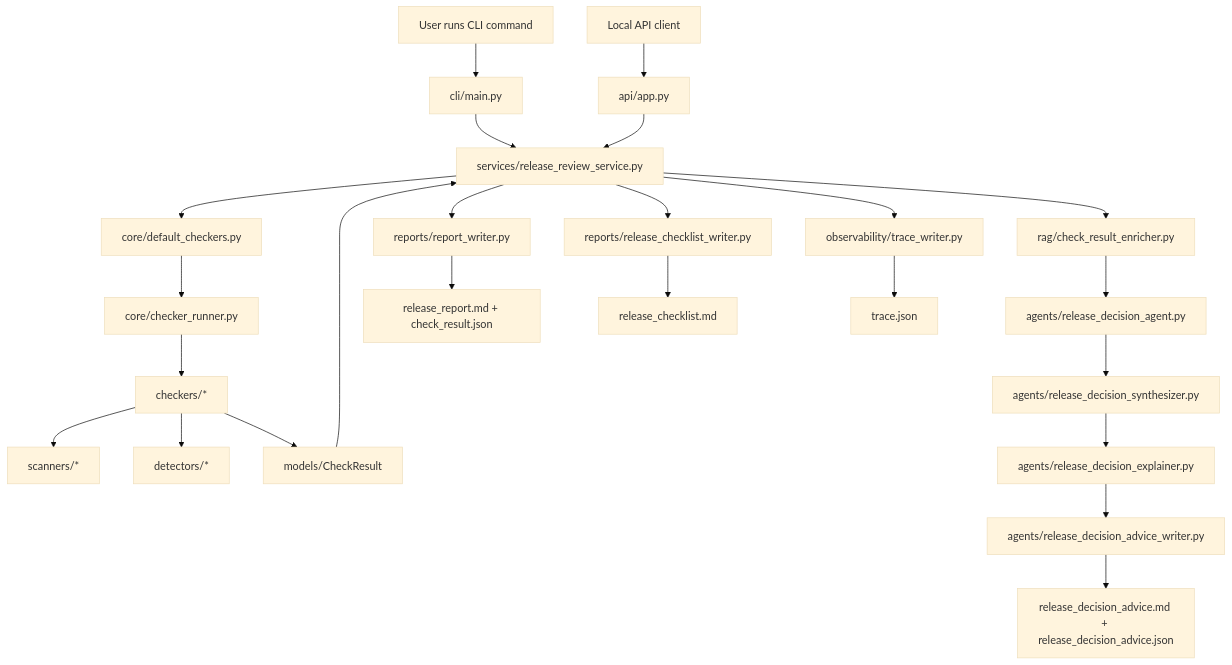
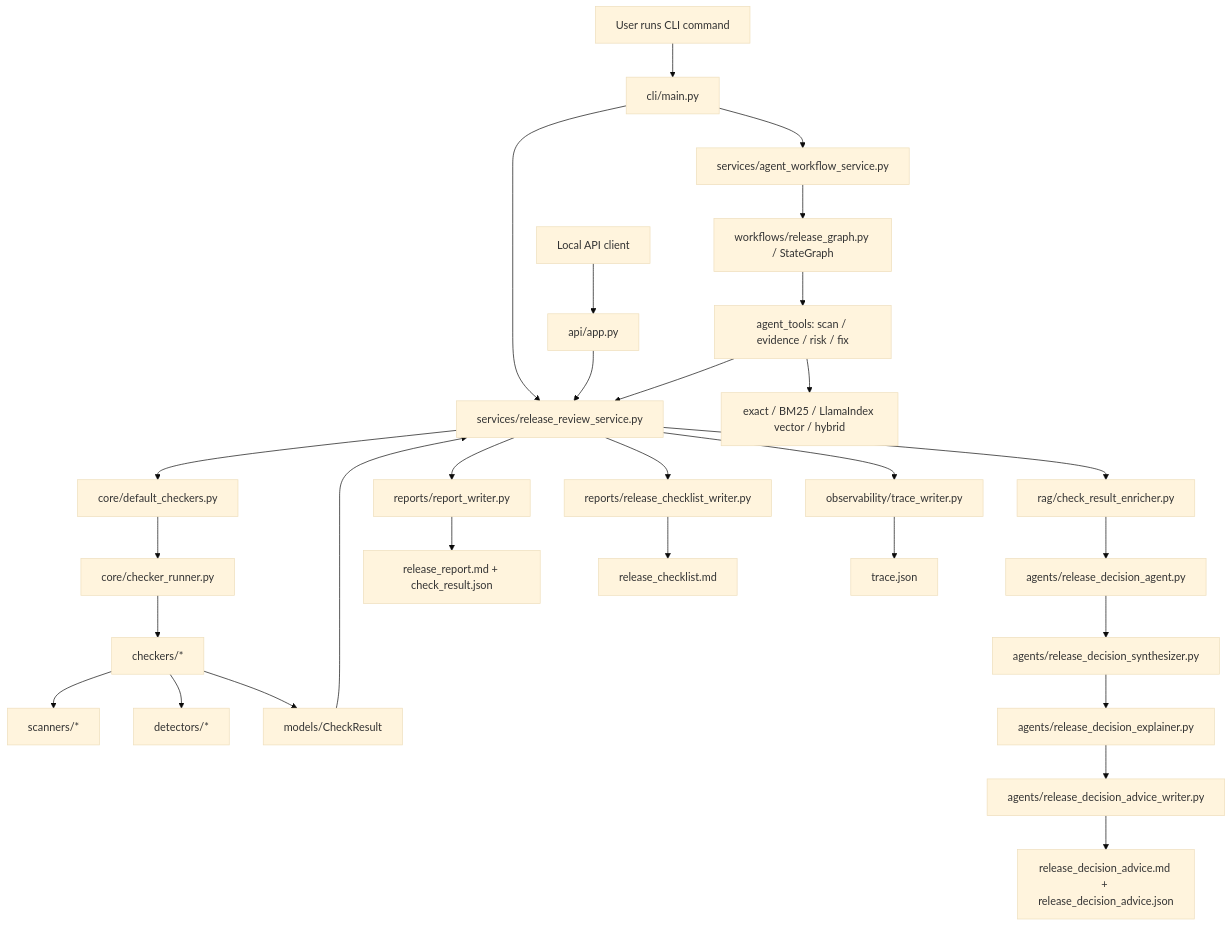
The diagram in docs/architecture/current-architecture.md (shenyuoo7/releaseguard-agent), drawn with Mermaid (base theme) before and after one commit. The commit also changed other lines of this file and 13 other files, not shown here.

Commit message:
feat: add conditional agent workflow

````diff
--- a/docs/architecture/current-architecture.md
+++ b/docs/architecture/current-architecture.md
@@ -44,33 +43,39 @@
 ```mermaid
 flowchart TD
     User["User runs CLI command"] --> CLI["cli/main.py"]
     APIUser["Local API client"] --> API["api/app.py"]
 
     CLI --> Service["services/release_review_service.py"]
     API --> Service
     Service --> RunnerFactory["core/default_checkers.py"]
     RunnerFactory --> Runner["core/checker_runner.py"]
 
     Runner --> Checkers["checkers/*"]
     Checkers --> Scanners["scanners/*"]
     Checkers --> Detectors["detectors/*"]
 
     Checkers --> Results["models/CheckResult"]
 
     Results --> Service
     Service --> ReportWriter["reports/report_writer.py"]
     Service --> ChecklistWriter["reports/release_checklist_writer.py"]
     Service --> RAG["rag/check_result_enricher.py"]
 
     RAG --> Agent["agents/release_decision_agent.py"]
     Agent --> Synthesizer["agents/release_decision_synthesizer.py"]
     Synthesizer --> Explainer["agents/release_decision_explainer.py"]
     Explainer --> AdviceWriter["agents/release_decision_advice_writer.py"]
 
     Service --> TraceWriter["observability/trace_writer.py"]
 
+    CLI --> GraphService["services/agent_workflow_service.py"]
+    GraphService --> Graph["workflows/release_graph.py / StateGraph"]
+    Graph --> Tools["agent_tools: scan / evidence / risk / fix"]
+    Tools --> Service
+    Tools --> HybridRAG["exact / BM25 / LlamaIndex vector / hybrid"]
+
     ReportWriter --> ReportArtifacts["release_report.md + check_result.json"]
     ChecklistWriter --> ChecklistArtifact["release_checklist.md"]
     AdviceWriter --> AdviceArtifacts["release_decision_advice.md + release_decision_advice.json"]
     TraceWriter --> TraceArtifact["trace.json"]
 ```
````
